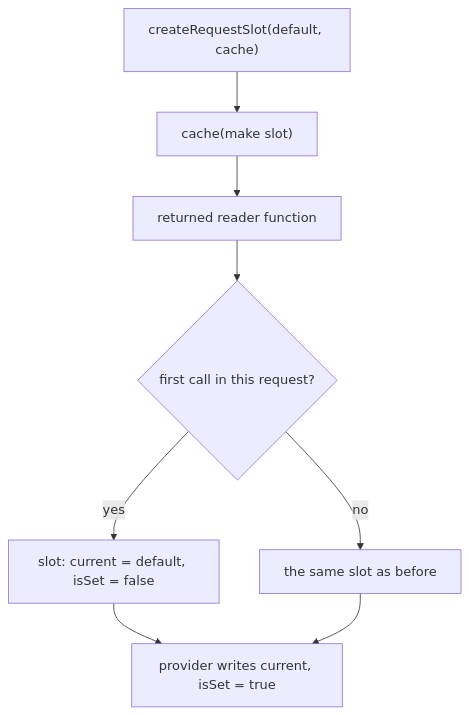
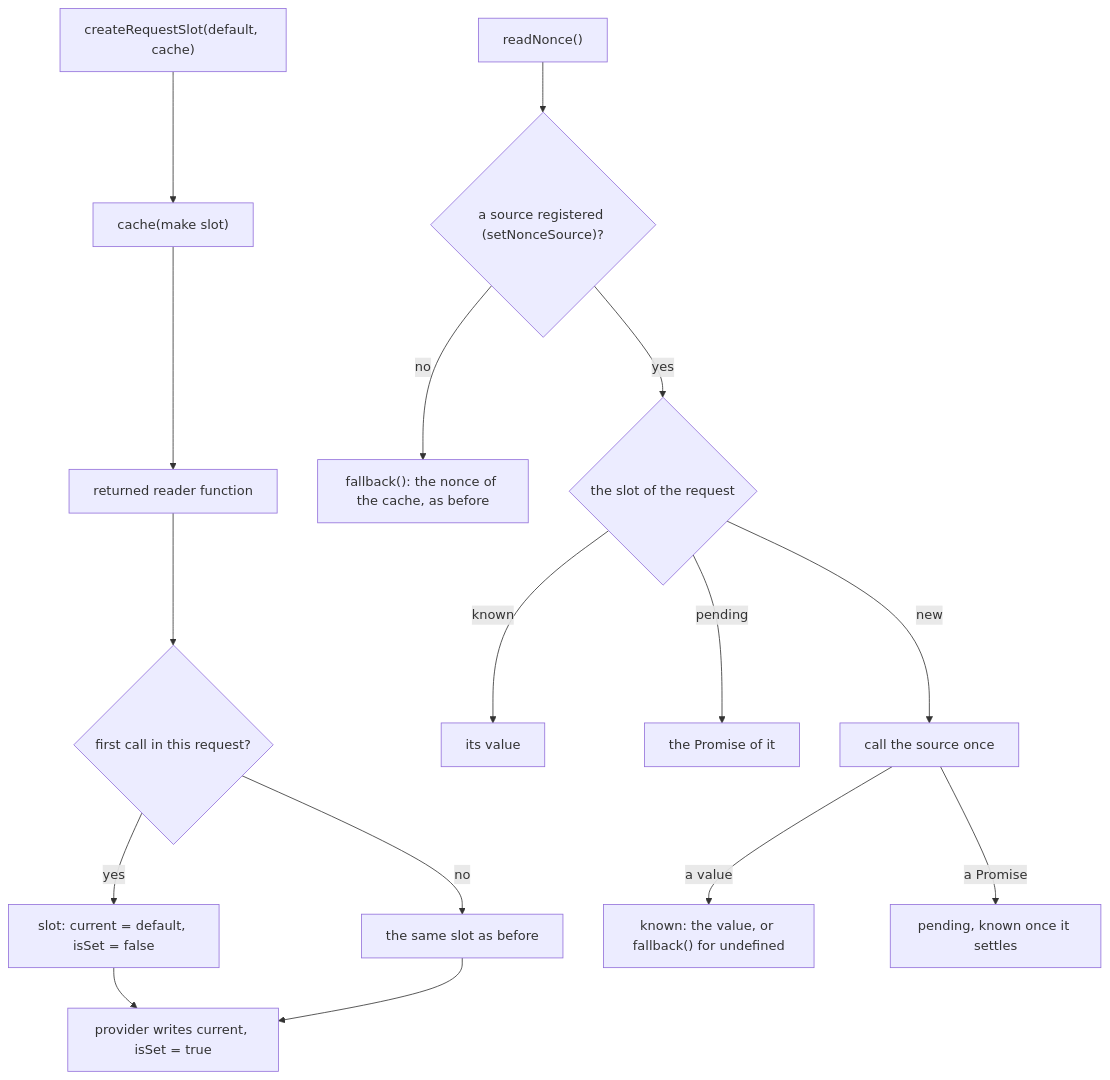
Before and after one commit to soroush-tech/umber-style: the diagram in packages/react/src/serverContext.md, drawn with Mermaid. The commit also changed other lines of this file and 124 other files, not shown here.

Commit message:
feat: a theme is recognised by its contents, server components take a nonce for each request, class names are read and written whole, three development checks, and the benchmark tools at soroush-bench 2.3.0 and bench-action 1.2.0 - close #61, close #62, close #63, close #64, close #65

````diff
--- a/packages/react/src/serverContext.md
+++ b/packages/react/src/serverContext.md
@@ -20,10 +22,18 @@
 ```mermaid
 flowchart TD
   call["createRequestSlot(default, cache)"] --> wrap["cache(make slot)"]
   wrap --> reader["returned reader function"]
   reader --> inreq{"first call in this request?"}
   inreq -->|yes| fresh["slot: current = default, isSet = false"]
   inreq -->|no| same["the same slot as before"]
   fresh --> writer["provider writes current, isSet = true"]
   same --> writer
+  nonce["readNonce()"] --> source{"a source registered (setNonceSource)?"}
+  source -->|no| cacheNonce["fallback(): the nonce of the cache, as before"]
+  source -->|yes| slot{"the slot of the request"}
+  slot -->|known| value["its value"]
+  slot -->|pending| promise["the Promise of it"]
+  slot -->|new| ask["call the source once"]
+  ask -->|"a value"| keep["known: the value, or fallback() for undefined"]
+  ask -->|"a Promise"| wait["pending, known once it settles"]
 ```
````
